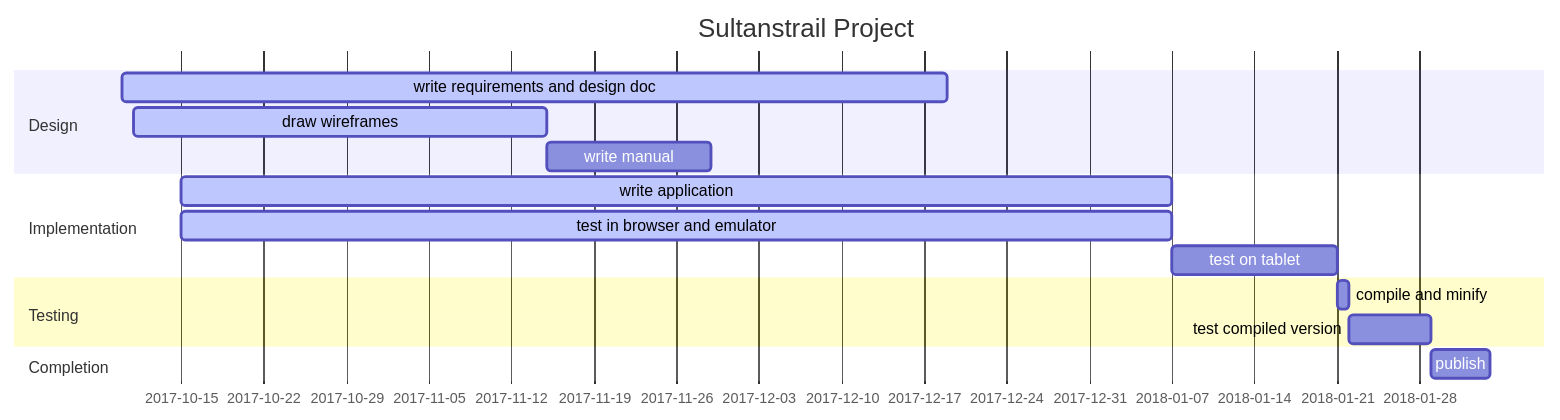
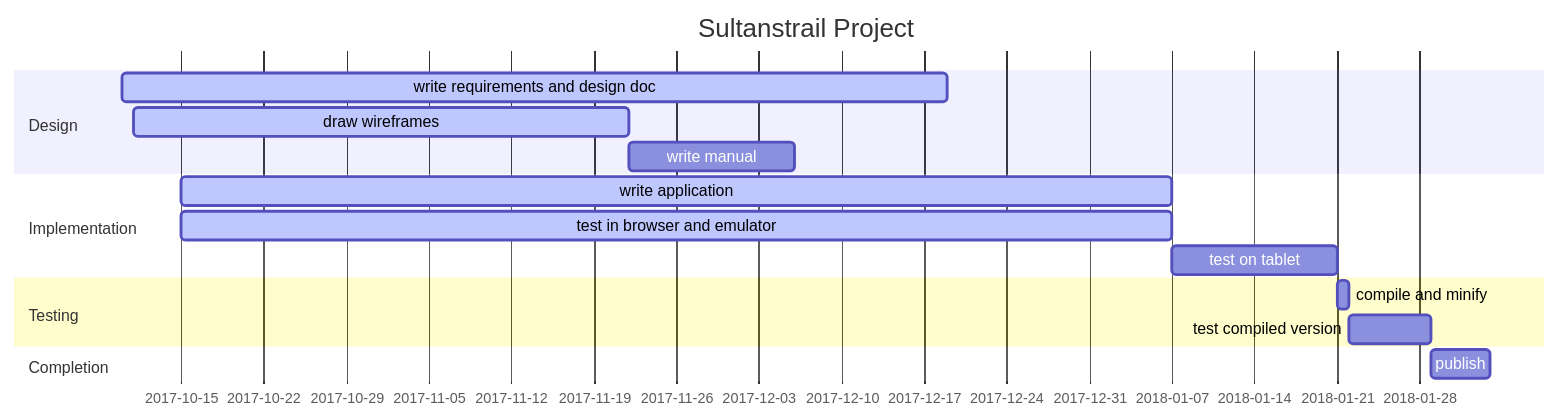
Before and after one commit to MARTIMM/Sultanstrail: the diagram in doc/Design/Design planning stuff.md, drawn with Mermaid. The commit also changed other lines of this file and 4 other files, not shown here.

````diff
--- a/doc/Design/Design planning stuff.md
+++ b/doc/Design/Design planning stuff.md
@@ -91,24 +105,24 @@
 ```mermaid
 gantt
   dateFormat  YYYY-MM-DD
   title Sultanstrail Project
 
   section Design
   write requirements and design doc :active, req, 2017-10-10, 10w
-  draw wireframes                   :active, wire, 2017-10-11, 5w
+  draw wireframes                   :active, wire, 2017-10-11, 6w
   write manual                      : man, after wire, 2w
 
   section Implementation
   write application                 :active, app, 2017-10-15, 12w
   test in browser and emulator      :active, tbr-emu, 2017-10-15, 12w
   test on tablet                    : ttablet, after app, 2w
 
 
   section Testing
   compile and minify                : cmfy, after ttablet, 1d
   test compiled version             : tcmfy, after cmfy, 1w
 
   section Completion
   publish                           : pstore, after tcmfy, 5d
 
 ```
````
